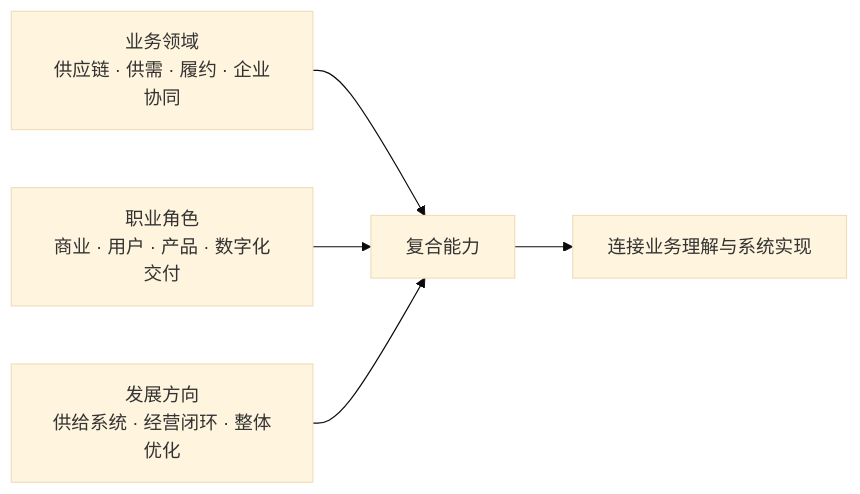
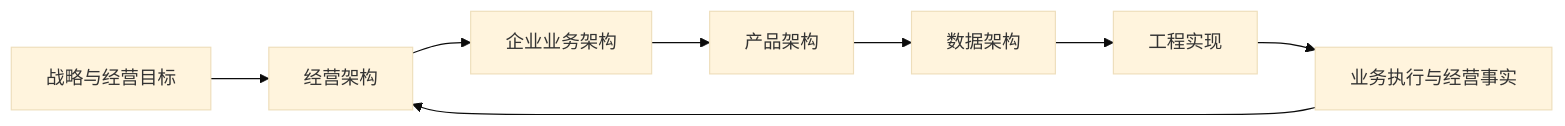
One commit to Chizheng4/robotaxi changed the second of 11 diagrams in README.md. Above: the diagram before and after it, drawn with Mermaid (base theme). The commit also changed other lines of this file and 15 other files, not shown here.

Commit message:
v043.0.1 统一数据趋势图交付

````diff
--- a/README.md
+++ b/README.md
@@ -41,7 +50,10 @@
 ```mermaid
 flowchart LR
-  A["业务领域<br/>供应链 · 供需 · 履约 · 企业协同"] --> D["复合能力"]
-  B["职业角色<br/>商业 · 用户 · 产品 · 数字化交付"] --> D
-  C["发展方向<br/>供给系统 · 经营闭环 · 整体优化"] --> D
-  D --> E["连接业务理解与系统实现"]
+  A["战略与经营目标"] --> B["经营架构"]
+  B --> C["企业业务架构"]
+  C --> D["产品架构"]
+  D --> E["数据架构"]
+  E --> F["工程实现"]
+  F --> G["业务执行与经营事实"]
+  G --> B
 ```
````
